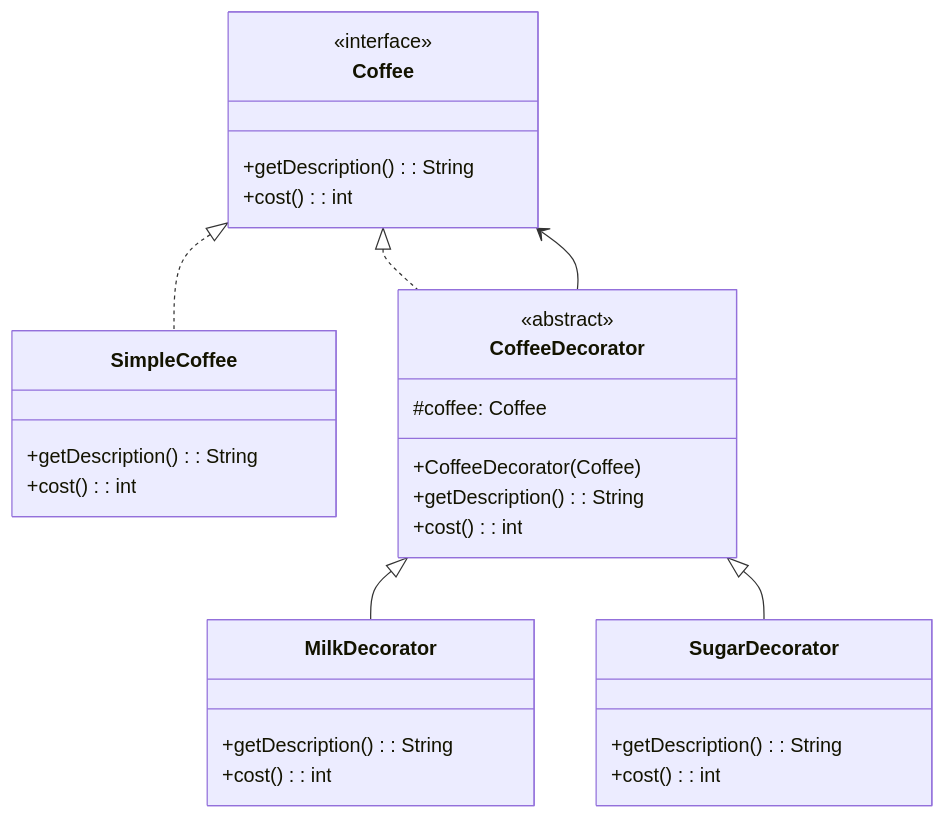
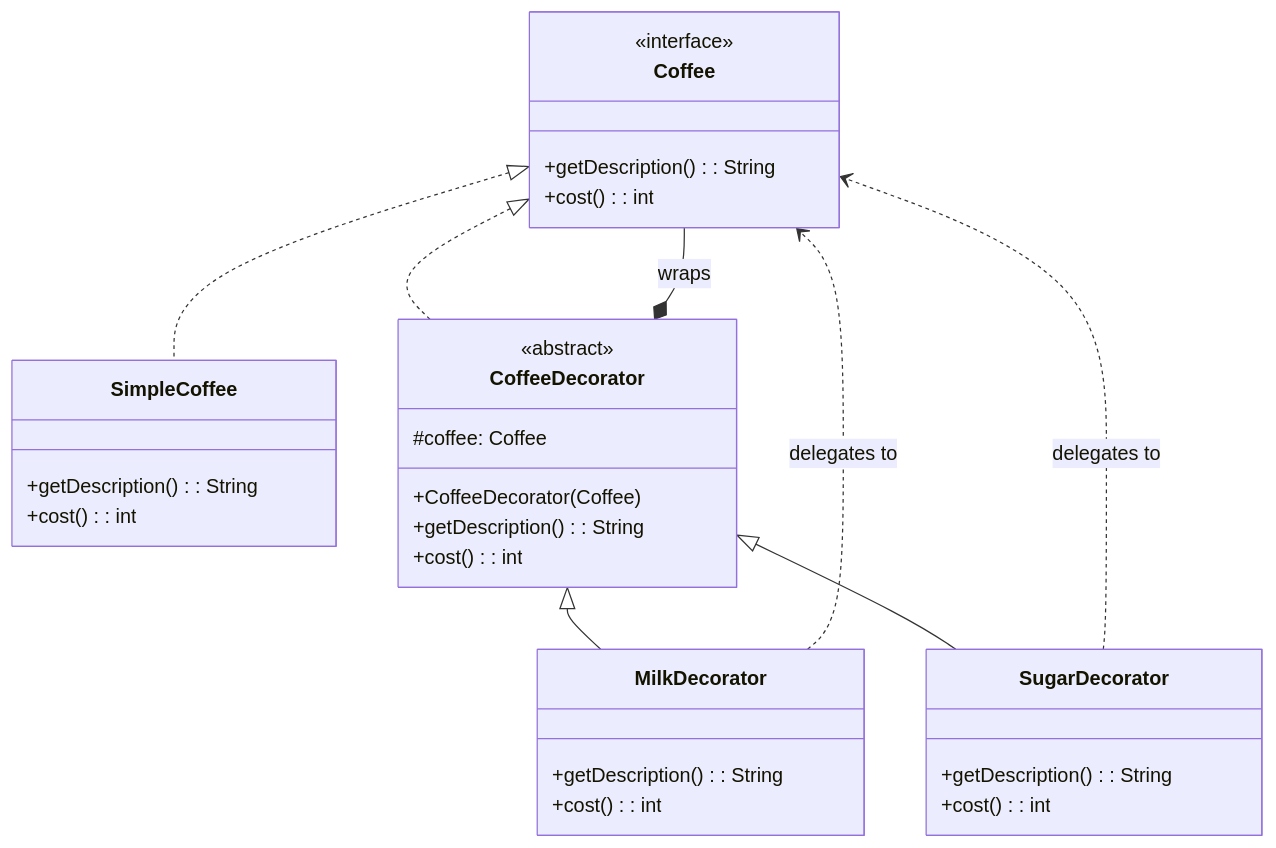
Before and after one commit to welldesignedsystem/welldesignedsystem.github.io: the ninth of 23 diagrams in content/english/blog/system_design/core_design_patterns.md, drawn with Mermaid. The commit also changed other lines of this file and 1 other file, not shown here.

````diff
--- a/content/english/blog/system_design/core_design_patterns.md
+++ b/content/english/blog/system_design/core_design_patterns.md
@@ -702,32 +714,34 @@
 ```mermaid
 classDiagram
     class Coffee {
         <<interface>>
         +getDescription(): String
         +cost(): int
     }
     class SimpleCoffee {
         +getDescription(): String
         +cost(): int
     }
     class CoffeeDecorator {
         <<abstract>>
         #coffee: Coffee
         +CoffeeDecorator(Coffee)
         +getDescription(): String
         +cost(): int
     }
     class MilkDecorator {
         +getDescription(): String
         +cost(): int
     }
     class SugarDecorator {
         +getDescription(): String
         +cost(): int
     }
     Coffee <|.. SimpleCoffee
     Coffee <|.. CoffeeDecorator
     CoffeeDecorator <|-- MilkDecorator
     CoffeeDecorator <|-- SugarDecorator
-    CoffeeDecorator --> Coffee
+    CoffeeDecorator *-- Coffee : wraps
+    MilkDecorator ..> Coffee : delegates to
+    SugarDecorator ..> Coffee : delegates to
 ```
````
